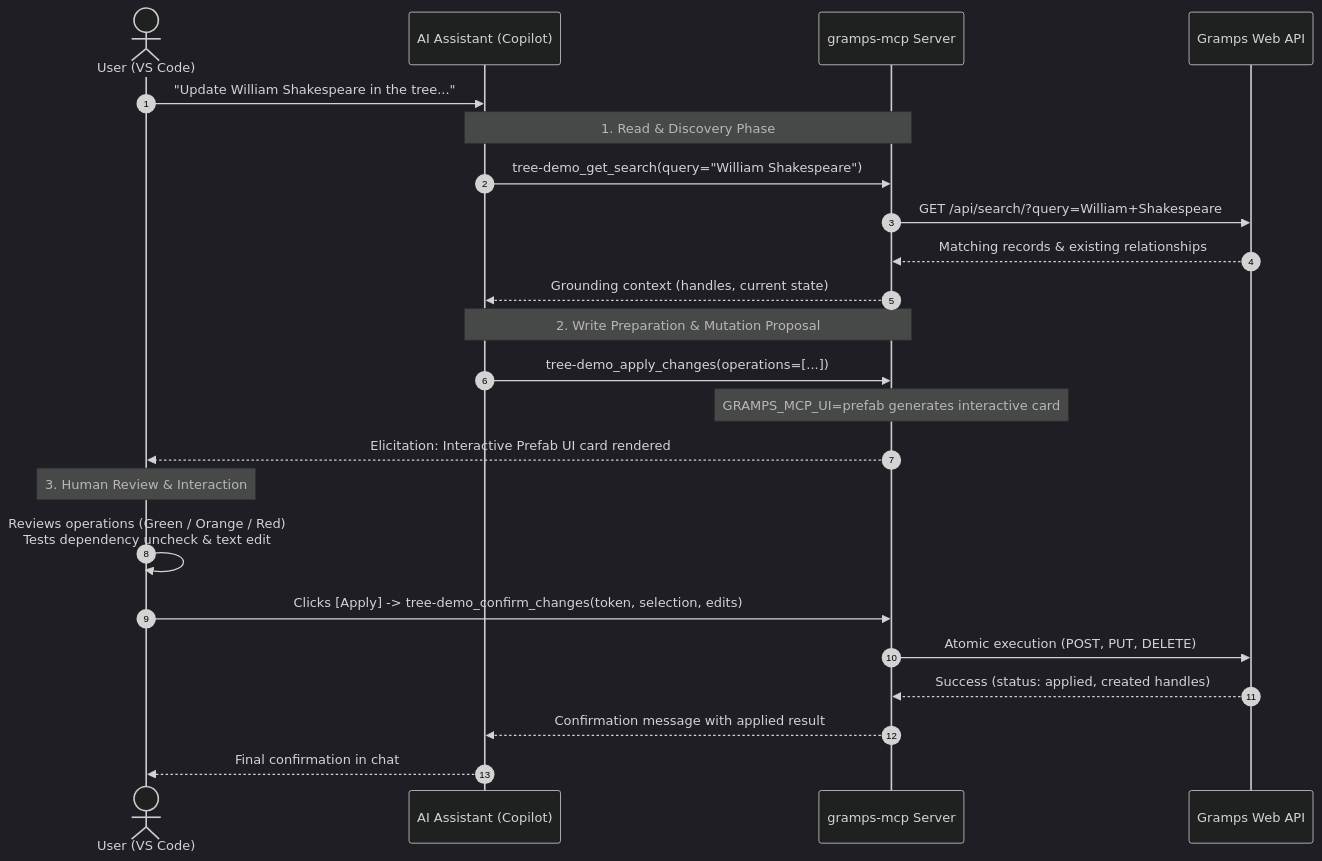
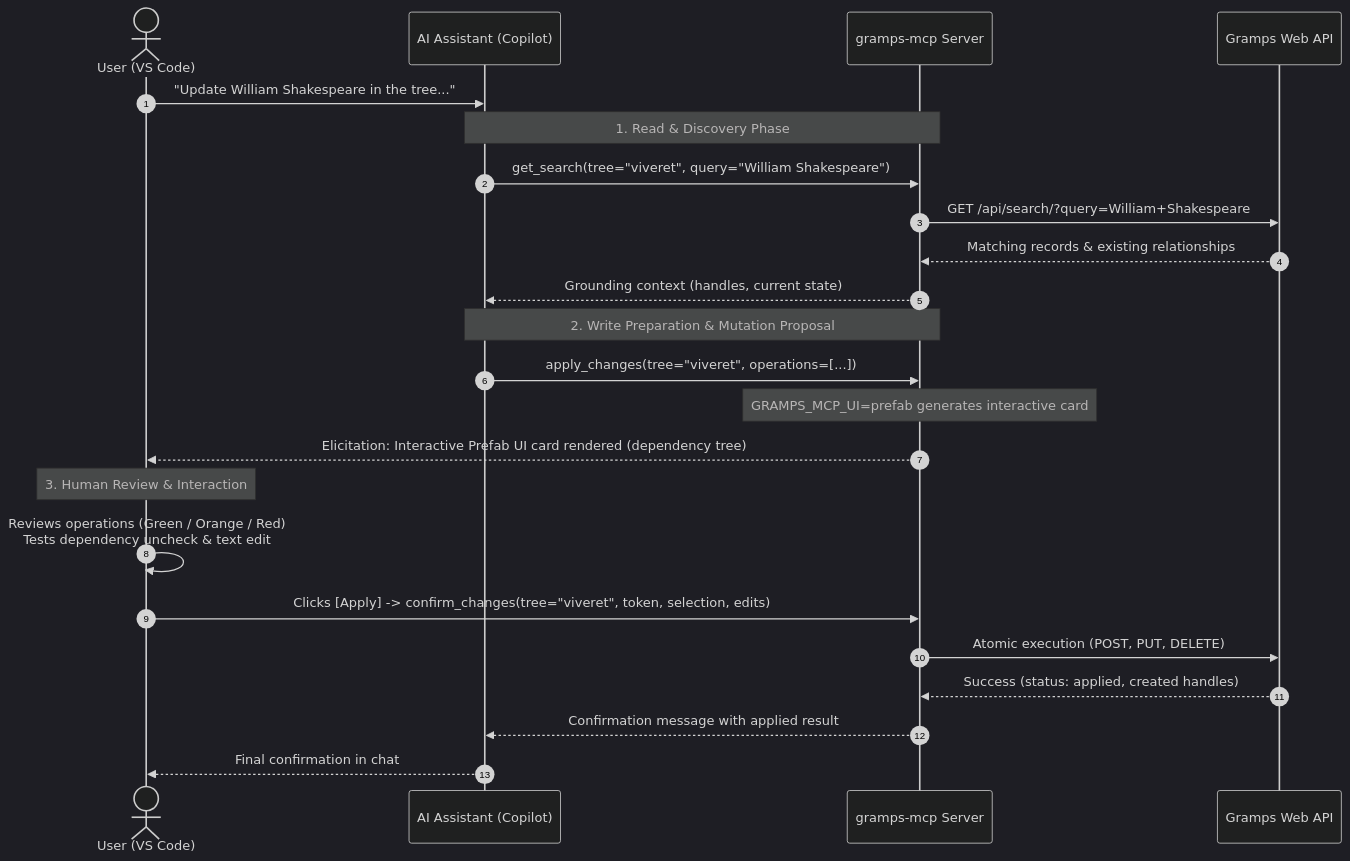
One commit to jerive/gramps-mcp changed the diagram in docs/explanation/how-it-works.md. Above: the diagram before and after it, drawn with Mermaid (dark theme). The commit also changed other lines of this file and 11 other files, not shown here.

First line of the commit message:
Add end-to-end demo video and embed live interactive card in docs (#27)

````diff
--- a/docs/explanation/how-it-works.md
+++ b/docs/explanation/how-it-works.md
@@ -54,28 +167,28 @@
 ```mermaid
 sequenceDiagram
     autonumber
     actor User as User (VS Code)
     participant Copilot as AI Assistant (Copilot)
     participant MCP as gramps-mcp Server
     participant Gramps as Gramps Web API
 
     User->>Copilot: "Update William Shakespeare in the tree..."
     Note over Copilot,MCP: 1. Read & Discovery Phase
-    Copilot->>MCP: tree-demo_get_search(query="William Shakespeare")
+    Copilot->>MCP: get_search(tree="viveret", query="William Shakespeare")
     MCP->>Gramps: GET /api/search/?query=William+Shakespeare
     Gramps-->>MCP: Matching records & existing relationships
     MCP-->>Copilot: Grounding context (handles, current state)
 
     Note over Copilot,MCP: 2. Write Preparation & Mutation Proposal
-    Copilot->>MCP: tree-demo_apply_changes(operations=[...])
+    Copilot->>MCP: apply_changes(tree="viveret", operations=[...])
     Note over MCP: GRAMPS_MCP_UI=prefab generates interactive card
-    MCP-->>User: Elicitation: Interactive Prefab UI card rendered
+    MCP-->>User: Elicitation: Interactive Prefab UI card rendered (dependency tree)
     
     Note over User: 3. Human Review & Interaction
     User->>User: Reviews operations (Green / Orange / Red)<br/>Tests dependency uncheck & text edit
-    User->>MCP: Clicks [Apply] -> tree-demo_confirm_changes(token, selection, edits)
+    User->>MCP: Clicks [Apply] -> confirm_changes(tree="viveret", token, selection, edits)
     MCP->>Gramps: Atomic execution (POST, PUT, DELETE)
     Gramps-->>MCP: Success (status: applied, created handles)
     MCP-->>Copilot: Confirmation message with applied result
     Copilot-->>User: Final confirmation in chat
 ```
````
